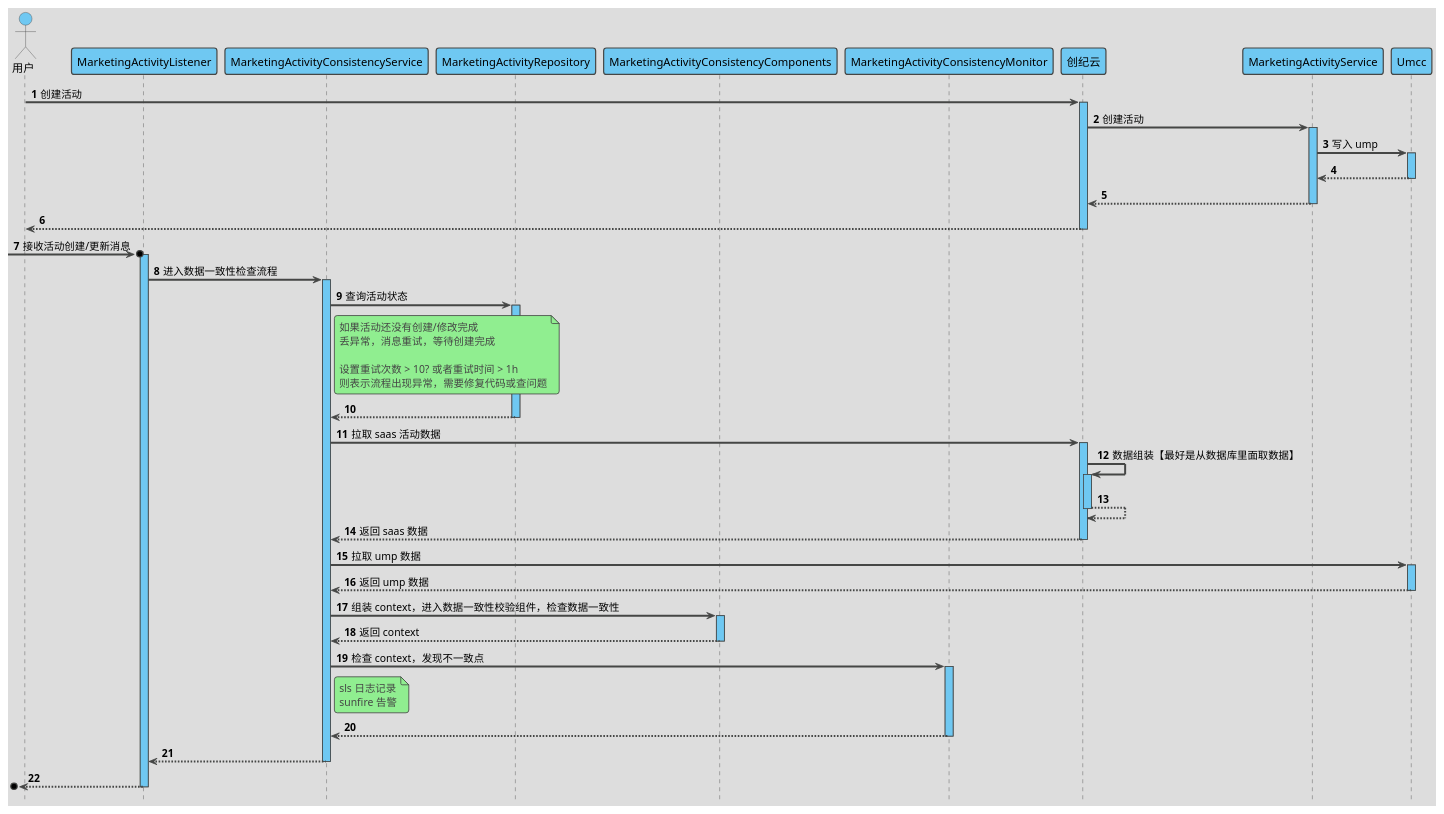
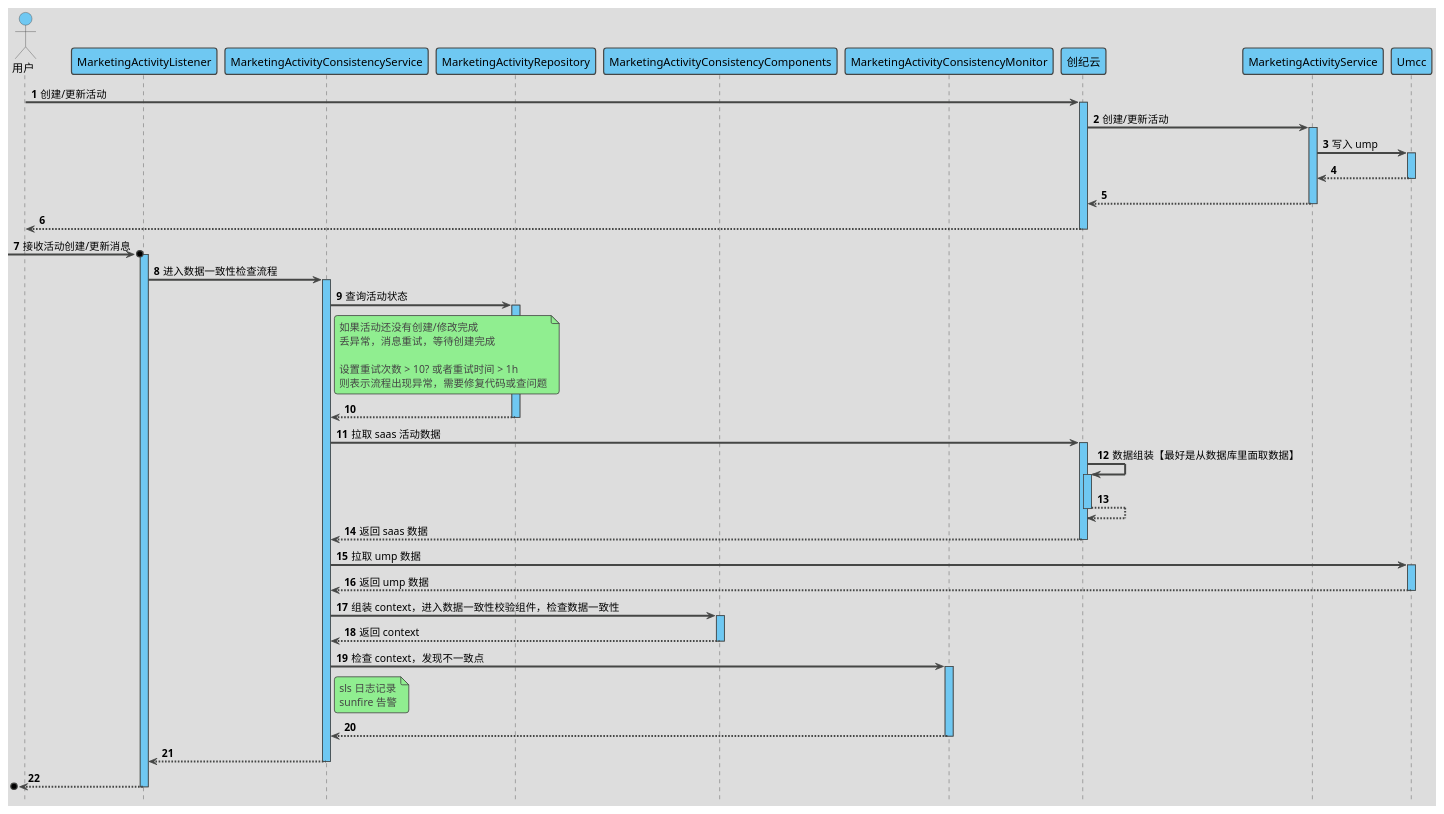
One commit to xauvlove/uml changed the diagram in src/main/resource/天猫校园/营销/基本框架/数据对账.puml. Above: the diagram before and after it, drawn with PlantUML. The commit also changed 3 other files, not shown here.

```diff
--- a/src/main/resource/天猫校园/营销/基本框架/数据对账.puml
+++ b/src/main/resource/天猫校园/营销/基本框架/数据对账.puml
@@ -1,91 +1,91 @@
 @startuml
 
 'https://plantuml.com/sequence-diagram
 
 '隐藏脚注
 hide footbox
 
 '使用 toy 主题
 !theme toy
 
 '自动激活
 autoActivate on
 
 '编号
 autonumber 1
 
 '隐藏孤立的参与者
 hide unlinked
 
 '文字对齐，向左对齐
 skinparam sequenceMessageAlign left
 
 '箭头粗度
 skinparam sequenceArrowThickness 2.5
 
 ' 皮肤
 skinparam sequence {
     LifeLineBackgroundColor #6FC8F2
     ParticipantBackgroundColor #6FC8F2
     ParticipantFontColor black
     ActorBackgroundColor #6FC8F2
     ActorFontColor black
 }
 
 actor 用户 as user
 participant MarketingActivityListener as MarketingActivityListener
 participant MarketingActivityConsistencyService as MarketingActivityConsistencyService
 participant MarketingActivityRepository as MarketingActivityRepository
 participant MarketingActivityConsistencyComponents as MarketingActivityConsistencyComponents
 participant MarketingActivityConsistencyMonitor as MarketingActivityConsistencyMonitor
 
 participant 创纪云 as saas
 participant MarketingActivityService as MarketingActivityService
 participant Umcc as Umcc
 
 
-user -> saas : 创建活动
+user -> saas : 创建/更新活动
 
-saas -> MarketingActivityService : 创建活动
+saas -> MarketingActivityService : 创建/更新活动
 
 MarketingActivityService -> Umcc : 写入 ump
 return
 return
 return
 
 ->o MarketingActivityListener : 接收活动创建/更新消息
 
 MarketingActivityListener -> MarketingActivityConsistencyService : 进入数据一致性检查流程
 
 MarketingActivityConsistencyService -> MarketingActivityRepository : 查询活动状态
 note right of MarketingActivityConsistencyService
     如果活动还没有创建/修改完成
     丢异常，消息重试，等待创建完成
 
     设置重试次数 > 10? 或者重试时间 > 1h
     则表示流程出现异常，需要修复代码或查问题
 end note
 return
 
 MarketingActivityConsistencyService -> saas : 拉取 saas 活动数据
 
 saas -> saas : 数据组装【最好是从数据库里面取数据】
 return
 return 返回 saas 数据
 
 MarketingActivityConsistencyService -> Umcc : 拉取 ump 数据
 return 返回 ump 数据
 
 MarketingActivityConsistencyService -> MarketingActivityConsistencyComponents : 组装 context，进入数据一致性校验组件，检查数据一致性
 return 返回 context
 
 MarketingActivityConsistencyService -> MarketingActivityConsistencyMonitor : 检查 context，发现不一致点
 note right of MarketingActivityConsistencyService
     sls 日志记录
     sunfire 告警
 end note
 
 return
 return
 return
 @enduml
```
